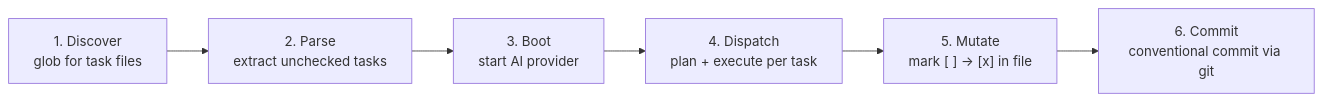
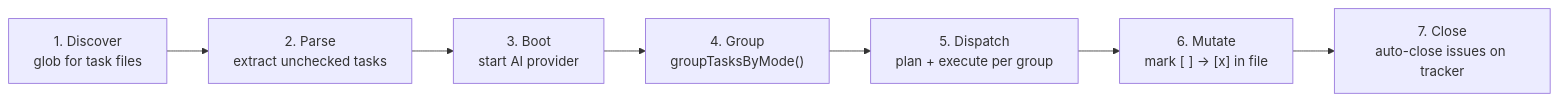
The second of 5 diagrams in docs/architecture.md (PatrickRuddiman/Dispatch), drawn with Mermaid before and after one commit. The commit also changed other lines of this file and 25 other files, not shown here.

````diff
--- a/docs/architecture.md
+++ b/docs/architecture.md
@@ -132,8 +134,9 @@
 ```mermaid
 flowchart LR
     A["1. Discover<br/>glob for task files"] --> B["2. Parse<br/>extract unchecked tasks"]
     B --> C["3. Boot<br/>start AI provider"]
-    C --> D["4. Dispatch<br/>plan + execute per task"]
-    D --> E["5. Mutate<br/>mark [ ] → [x] in file"]
-    E --> F["6. Commit<br/>conventional commit via git"]
+    C --> D["4. Group<br/>groupTasksByMode()"]
+    D --> E["5. Dispatch<br/>plan + execute per group"]
+    E --> F["6. Mutate<br/>mark [ ] → [x] in file"]
+    F --> G["7. Close<br/>auto-close issues on tracker"]
 ```
````
